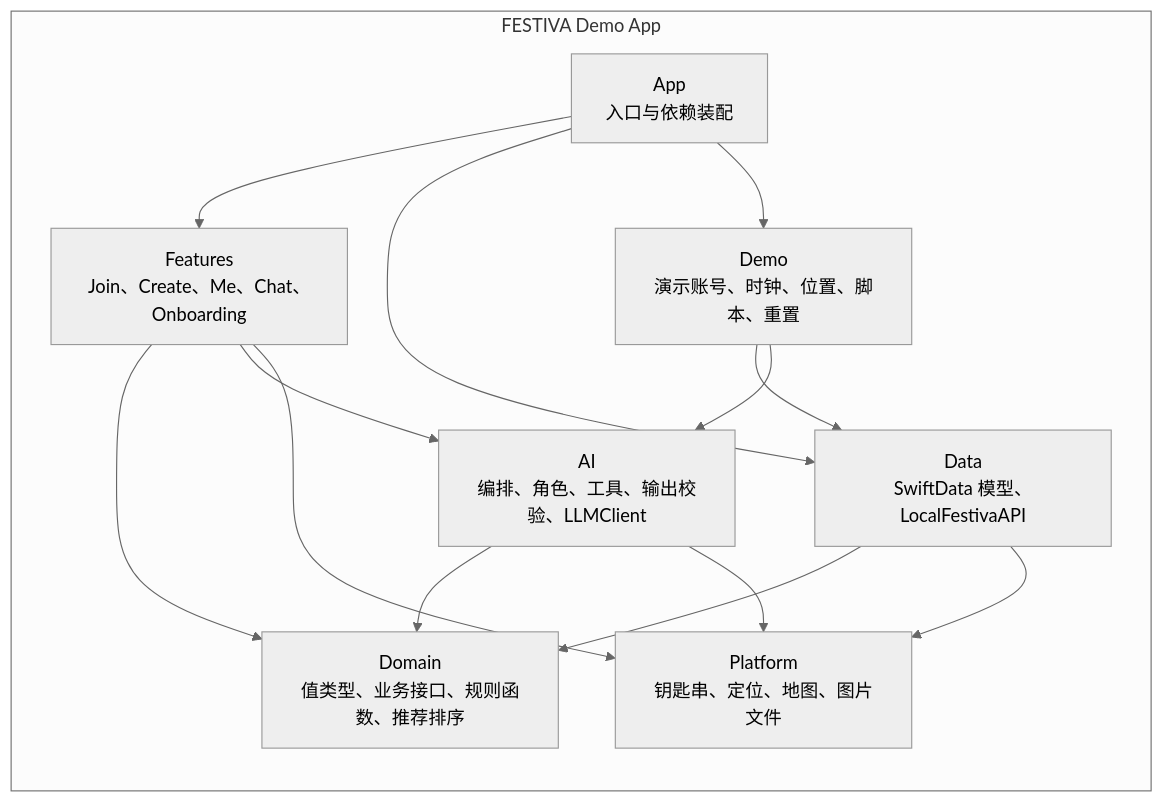
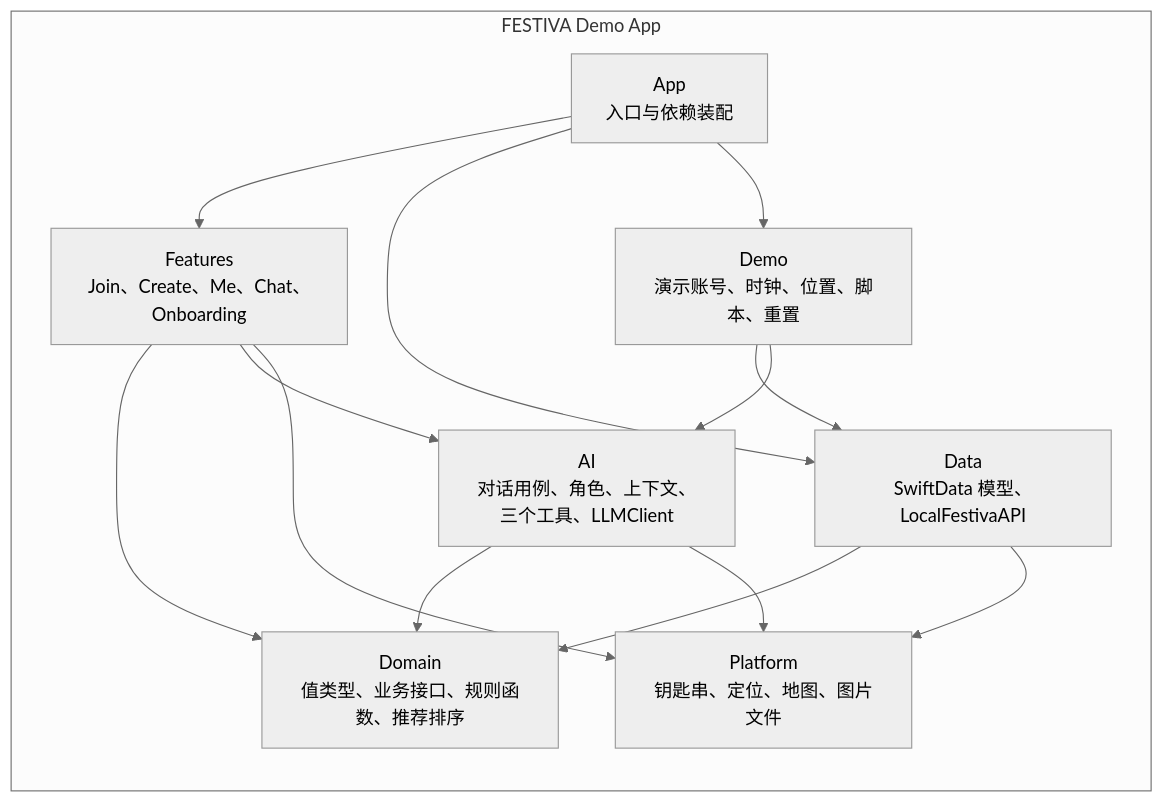
One commit to Ciri101/FESTIVA changed the second of 2 diagrams in truth/demo/FESTIVA-Demo架构方案.md. Above: the diagram before and after it, drawn with Mermaid (neutral theme). The commit also changed other lines of this file and 12 other files, not shown here.

First line of the commit message:
T0020: draw the AI orchestration service C3 component diagram

````diff
--- a/truth/demo/FESTIVA-Demo架构方案.md
+++ b/truth/demo/FESTIVA-Demo架构方案.md
@@ -125,24 +125,24 @@
 ```mermaid
 flowchart LR
   subgraph app["FESTIVA Demo App"]
     appm["App<br/>入口与依赖装配"]
     features["Features<br/>Join、Create、Me、Chat、Onboarding"]
-    ai["AI<br/>编排、角色、工具、输出校验、LLMClient"]
+    ai["AI<br/>对话用例、角色、上下文、三个工具、LLMClient"]
     domain["Domain<br/>值类型、业务接口、规则函数、推荐排序"]
     data["Data<br/>SwiftData 模型、LocalFestivaAPI"]
     platform["Platform<br/>钥匙串、定位、地图、图片文件"]
     demo["Demo<br/>演示账号、时钟、位置、脚本、重置"]
   end
   appm --> features
   appm --> data
   appm --> demo
   features --> domain
   features --> ai
   ai --> domain
   data --> domain
   features --> platform
   data --> platform
   ai --> platform
   demo --> data
   demo --> ai
 ```
````
